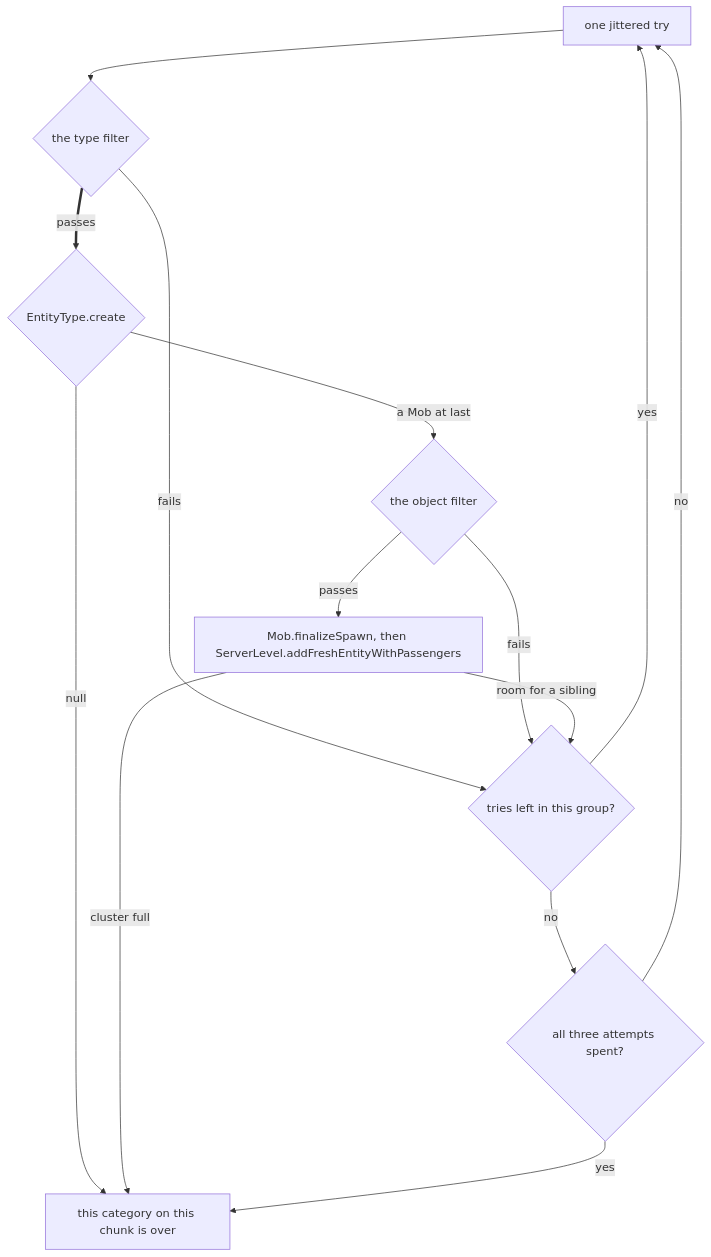
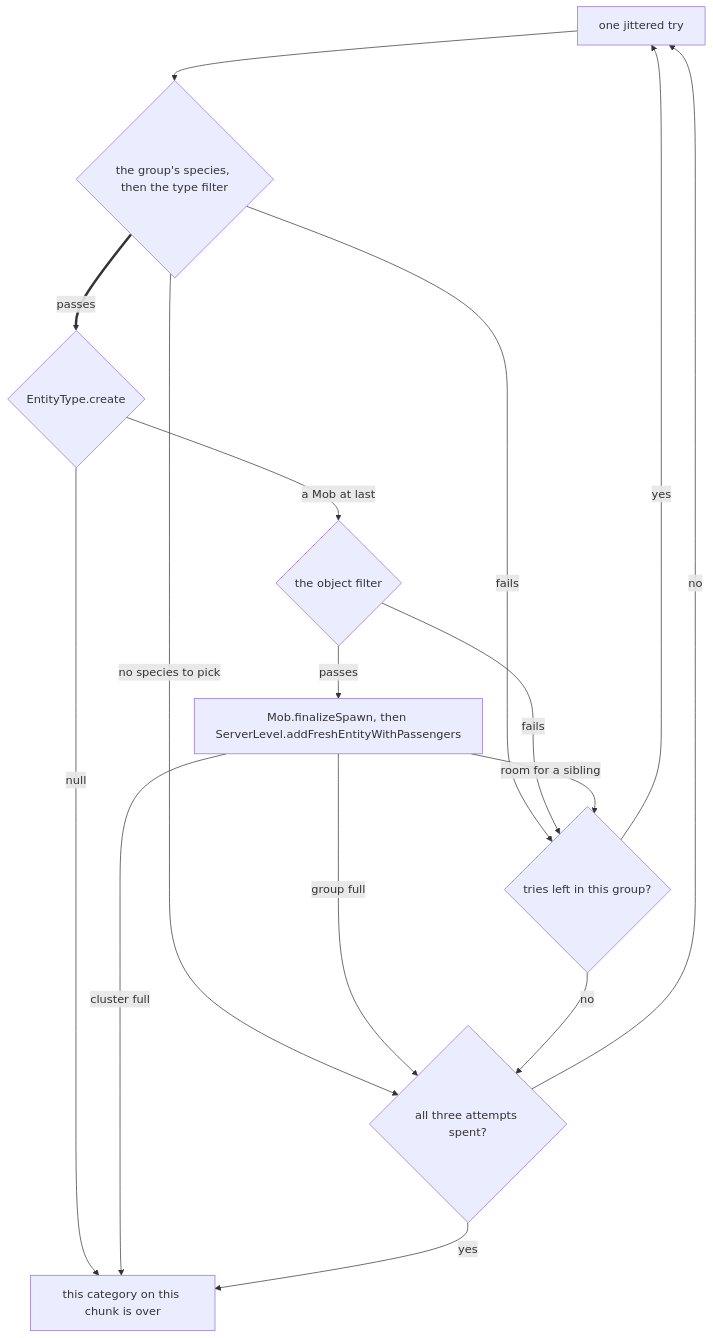
Before and after one commit to AlexanderjFraser/MinecraftDocs: the second of 4 diagrams in src/systems/entities/entity-lifecycle.md, drawn with Mermaid. The commit also changed other lines of this file and 55 other files, not shown here.

First line of the commit message:
pass 7, session O — the close, before K: the figure gate strict, the landing figures read as one set, and one strike in thirty not borne out

````diff
--- a/src/systems/entities/entity-lifecycle.md
+++ b/src/systems/entities/entity-lifecycle.md
@@ -66,16 +66,18 @@
 ```mermaid
 flowchart TD
-    JIT["one jittered try"] --> TRY{"the type filter"}
+    JIT["one jittered try"] --> TRY{"the group's species, then the type filter"}
+    TRY -->|"no species to pick"| GRP
     TRY -->|"fails"| MORE{"tries left in this group?"}
     TRY ==>|"passes"| MAKE{"EntityType.create"}
     MAKE -->|"null"| OVER["this category on this chunk is over"]
     MAKE -->|"a Mob at last"| OBJ{"the object filter"}
     OBJ -->|"fails"| MORE
     OBJ -->|"passes"| FIN["Mob.finalizeSpawn, then ServerLevel.addFreshEntityWithPassengers"]
     FIN -->|"cluster full"| OVER
+    FIN -->|"group full"| GRP
     FIN -->|"room for a sibling"| MORE
     MORE -->|"yes"| JIT
     MORE -->|"no"| GRP{"all three attempts spent?"}
     GRP -->|"no"| JIT
     GRP -->|"yes"| OVER
 ```
````
